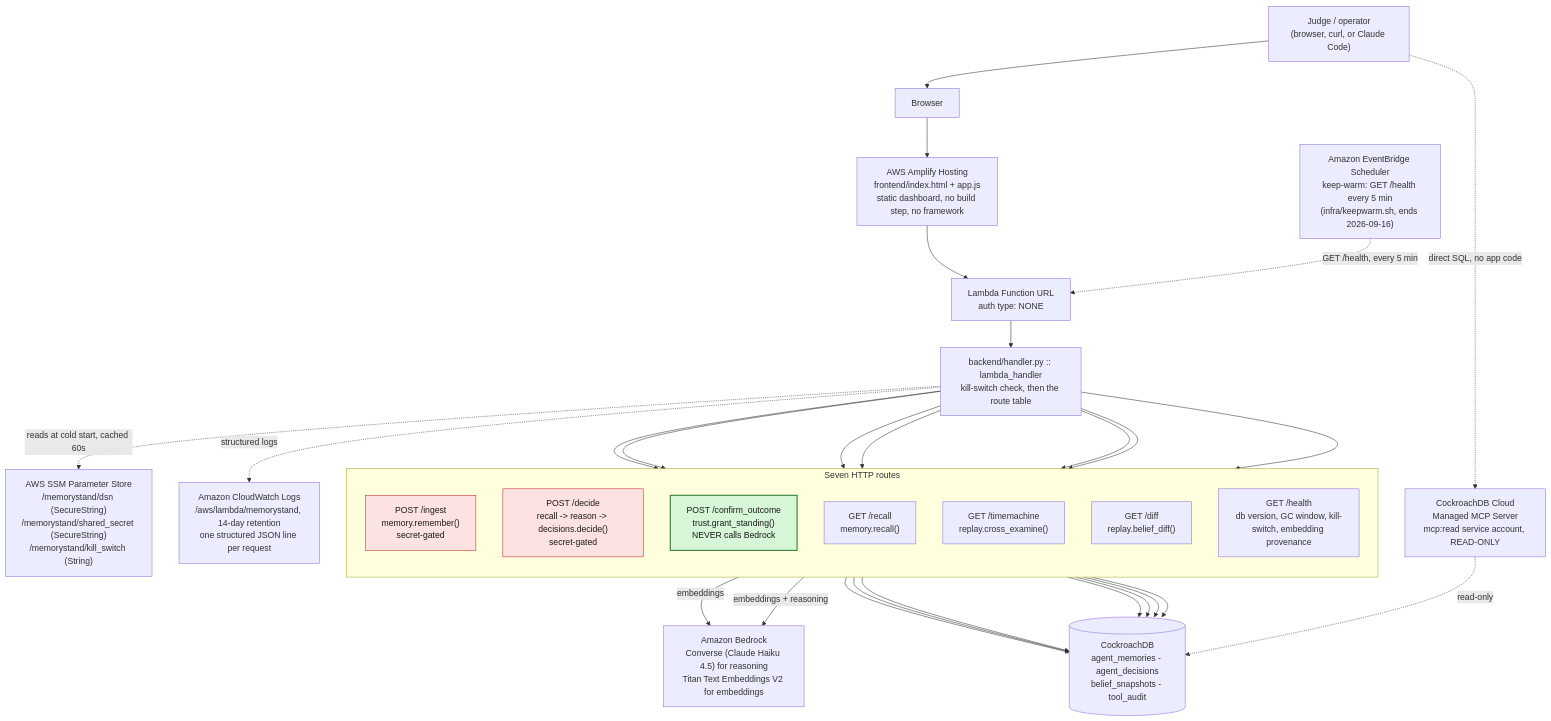
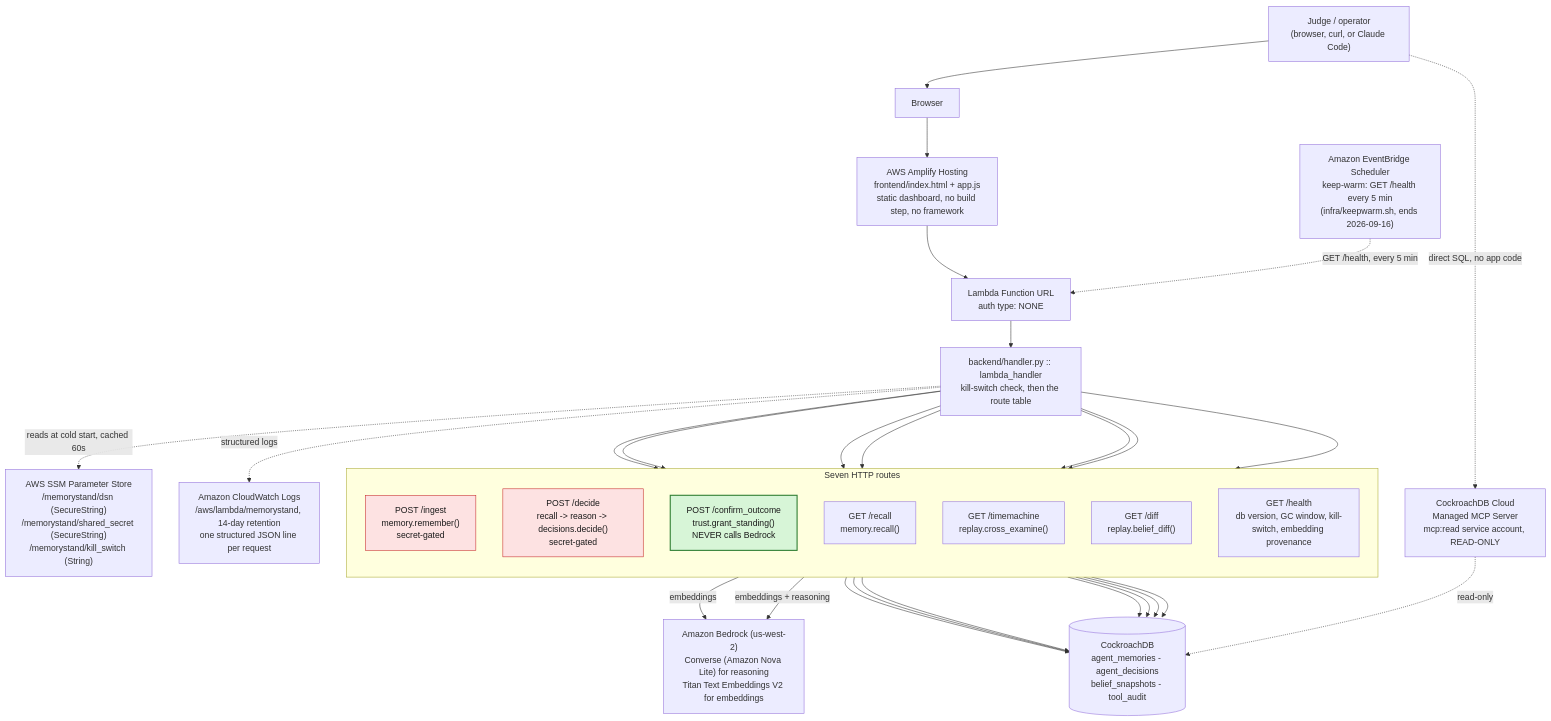
Before and after one commit to tomyimkc/memorystand: the first of 2 diagrams in ARCHITECTURE.md, drawn with Mermaid. The commit also changed 27 other files, not shown here.

````diff
--- a/ARCHITECTURE.md
+++ b/ARCHITECTURE.md
@@ -9,52 +9,52 @@
 ```mermaid
 flowchart TB
     Judge["Judge / operator<br/>(browser, curl, or Claude Code)"]
     Browser["Browser"]
     Amplify["AWS Amplify Hosting<br/>frontend/index.html + app.js<br/>static dashboard, no build step, no framework"]
     FnURL["Lambda Function URL<br/>auth type: NONE"]
     Handler["backend/handler.py :: lambda_handler<br/>kill-switch check, then the route table"]
 
     subgraph Routes["Seven HTTP routes"]
         direction TB
         Ingest["POST /ingest<br/>memory.remember()<br/>secret-gated"]
         Decide["POST /decide<br/>recall -> reason -> decisions.decide()<br/>secret-gated"]
         Confirm["POST /confirm_outcome<br/>trust.grant_standing()<br/>NEVER calls Bedrock"]
         Recall["GET /recall<br/>memory.recall()"]
         TimeMachine["GET /timemachine<br/>replay.cross_examine()"]
         Diff["GET /diff<br/>replay.belief_diff()"]
         Health["GET /health<br/>db version, GC window, kill-switch, embedding provenance"]
     end
 
-    Bedrock["Amazon Bedrock<br/>Converse (Claude Haiku 4.5) for reasoning<br/>Titan Text Embeddings V2 for embeddings"]
+    Bedrock["Amazon Bedrock (us-west-2)<br/>Converse (Amazon Nova Lite) for reasoning<br/>Titan Text Embeddings V2 for embeddings"]
     CRDB[("CockroachDB<br/>agent_memories - agent_decisions<br/>belief_snapshots - tool_audit")]
     SSM["AWS SSM Parameter Store<br/>/memorystand/dsn (SecureString)<br/>/memorystand/shared_secret (SecureString)<br/>/memorystand/kill_switch (String)"]
     CW["Amazon CloudWatch Logs<br/>/aws/lambda/memorystand, 14-day retention<br/>one structured JSON line per request"]
     EB["Amazon EventBridge Scheduler<br/>keep-warm: GET /health every 5 min<br/>(infra/keepwarm.sh, ends 2026-09-16)"]
     MCP["CockroachDB Cloud<br/>Managed MCP Server<br/>mcp:read service account, READ-ONLY"]
 
     Judge --> Browser --> Amplify --> FnURL --> Handler
     Handler --> Ingest & Decide & Confirm & Recall & TimeMachine & Diff & Health
 
     Ingest -- embeddings --> Bedrock
     Decide -- "embeddings + reasoning" --> Bedrock
 
     Ingest --> CRDB
     Decide --> CRDB
     Confirm --> CRDB
     Recall --> CRDB
     TimeMachine --> CRDB
     Diff --> CRDB
     Health --> CRDB
 
     Handler -. "reads at cold start, cached 60s" .-> SSM
     Handler -. "structured logs" .-> CW
     EB -. "GET /health, every 5 min" .-> FnURL
 
     Judge -. "direct SQL, no app code" .-> MCP
     MCP -. "read-only" .-> CRDB
 
     classDef modelFree fill:#d7f5d7,stroke:#2e7d32,stroke-width:2px,color:#1b1b1b
     classDef bedrockTouching fill:#fde2e2,stroke:#c62828,stroke-width:1px,color:#1b1b1b
     class Confirm modelFree
     class Ingest,Decide bedrockTouching
 ```
````
